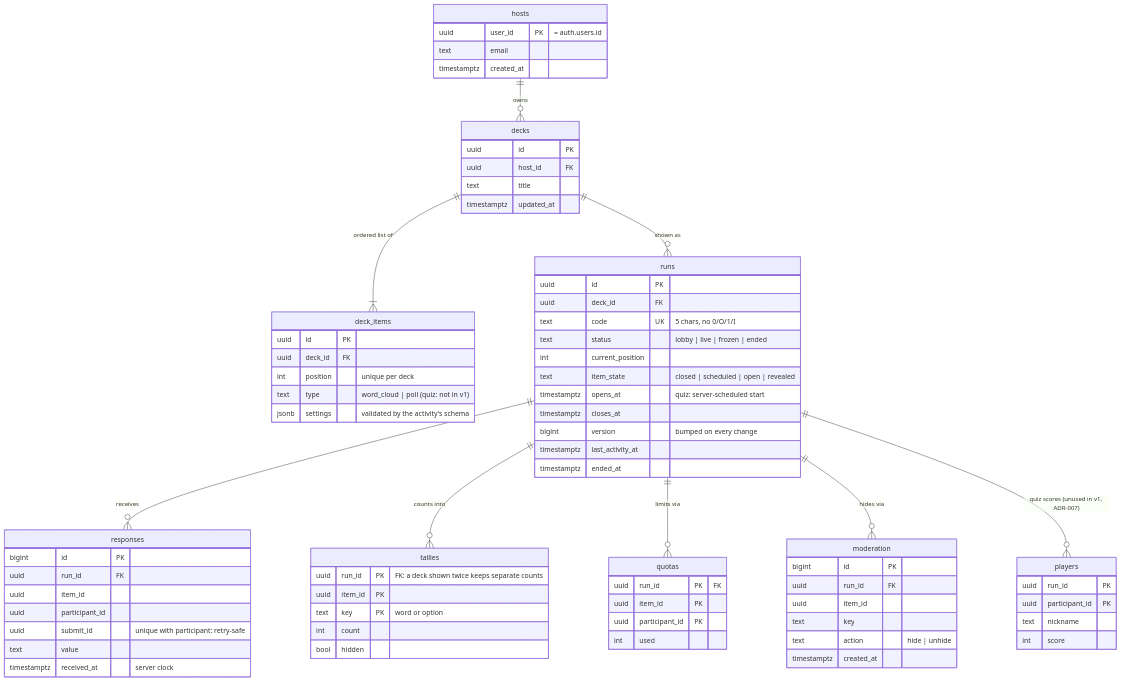
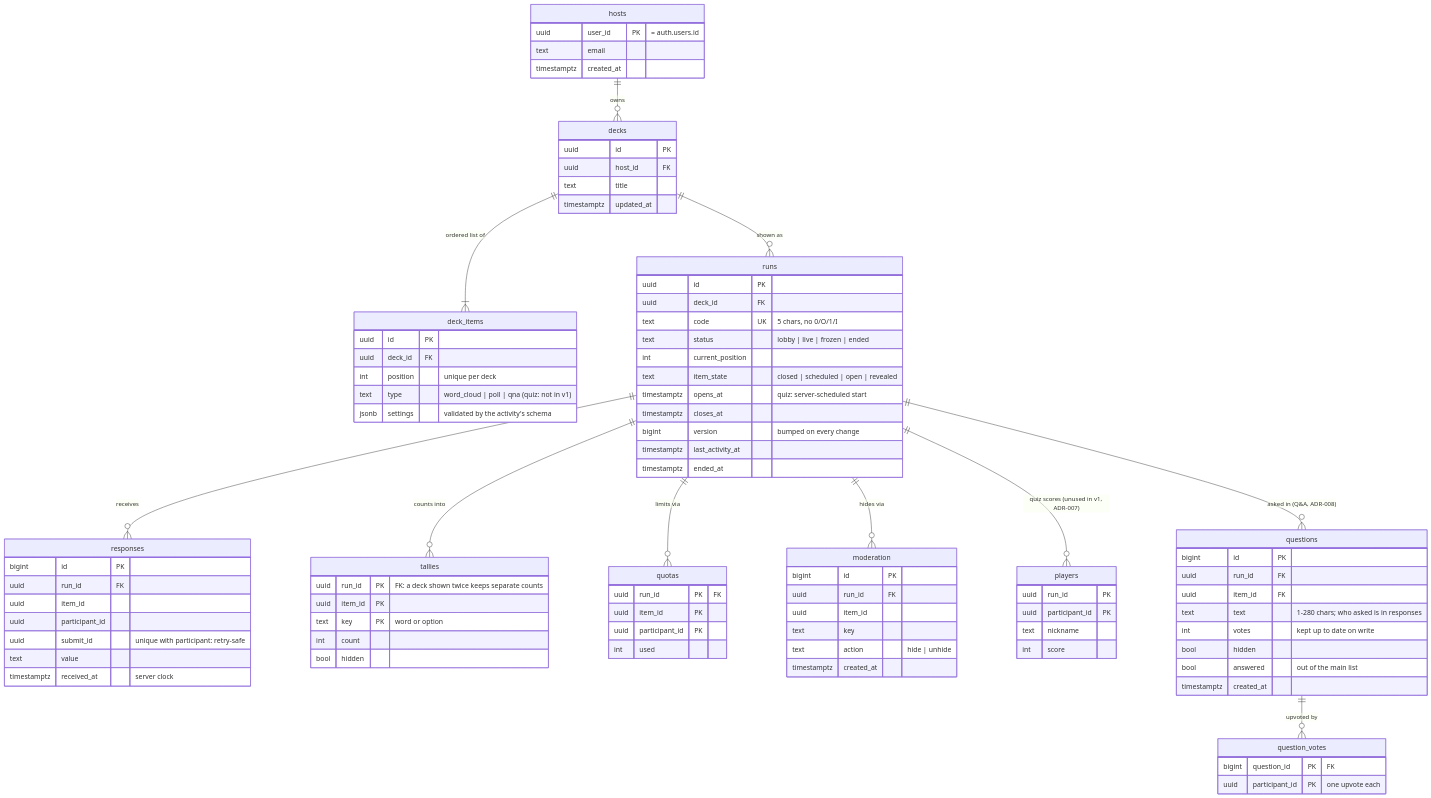
One commit to shahil1dn/volley changed the sixth of 10 diagrams in docs/ARCHITECTURE.md. Above: the diagram before and after it, drawn with Mermaid. The commit also changed other lines of this file, not shown here.

Commit message:
docs: architecture catches up with Q&A, the purge and the test project

````diff
--- a/docs/ARCHITECTURE.md
+++ b/docs/ARCHITECTURE.md
@@ -128,6 +129,8 @@
   runs ||--o{ quotas : "limits via"
   runs ||--o{ moderation : "hides via"
   runs ||--o{ players : "quiz scores (unused in v1, ADR-007)"
+  runs ||--o{ questions : "asked in (Q&A, ADR-008)"
+  questions ||--o{ question_votes : "upvoted by"
 
   hosts {
     uuid user_id PK "= auth.users.id"
@@ -144,7 +147,7 @@
     uuid id PK
     uuid deck_id FK
     int position "unique per deck"
-    text type "word_cloud | poll (quiz: not in v1)"
+    text type "word_cloud | poll | qna (quiz: not in v1)"
     jsonb settings "validated by the activity's schema"
   }
   runs {
@@ -196,4 +199,18 @@
     text nickname
     int score
   }
+  questions {
+    bigint id PK
+    uuid run_id FK
+    uuid item_id FK
+    text text "1-280 chars; who asked is in responses"
+    int votes "kept up to date on write"
+    bool hidden
+    bool answered "out of the main list"
+    timestamptz created_at
+  }
+  question_votes {
+    bigint question_id PK "FK"
+    uuid participant_id PK "one upvote each"
+  }
 ```
````
